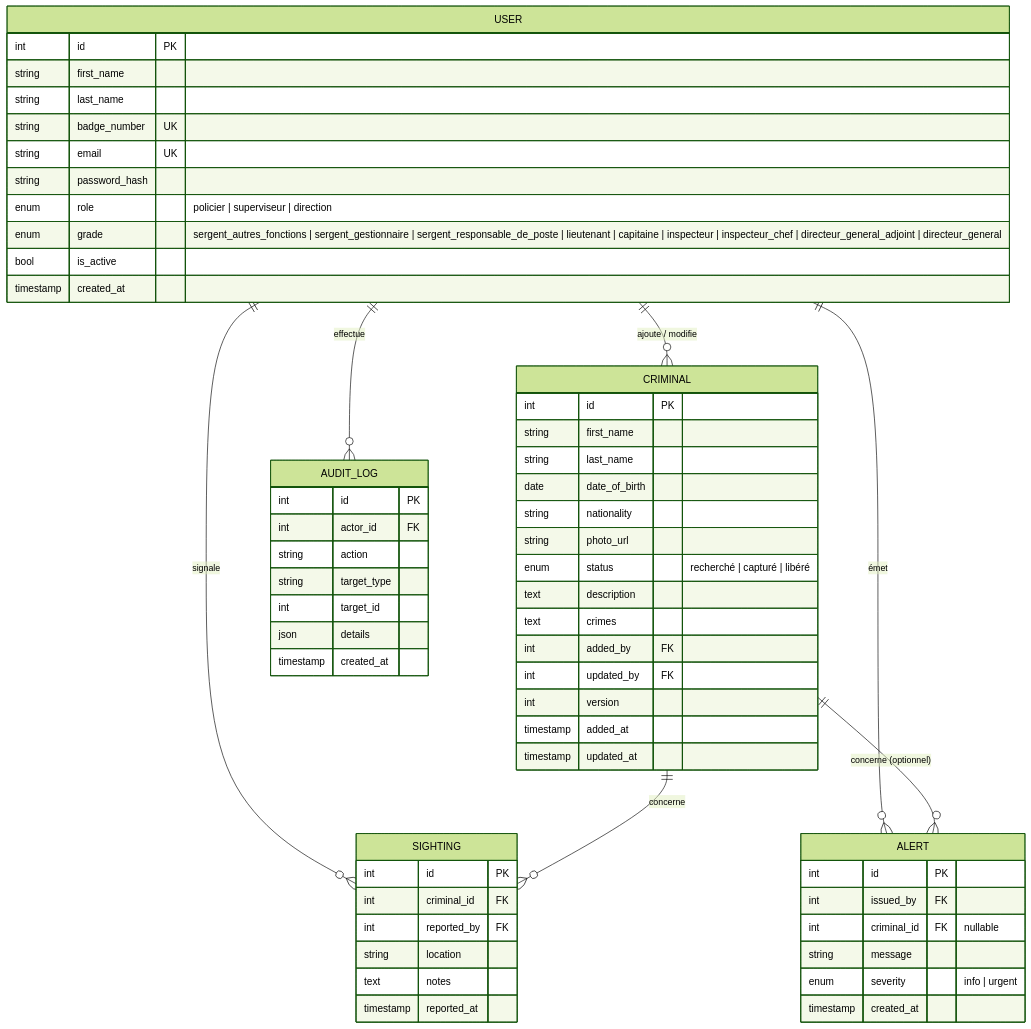
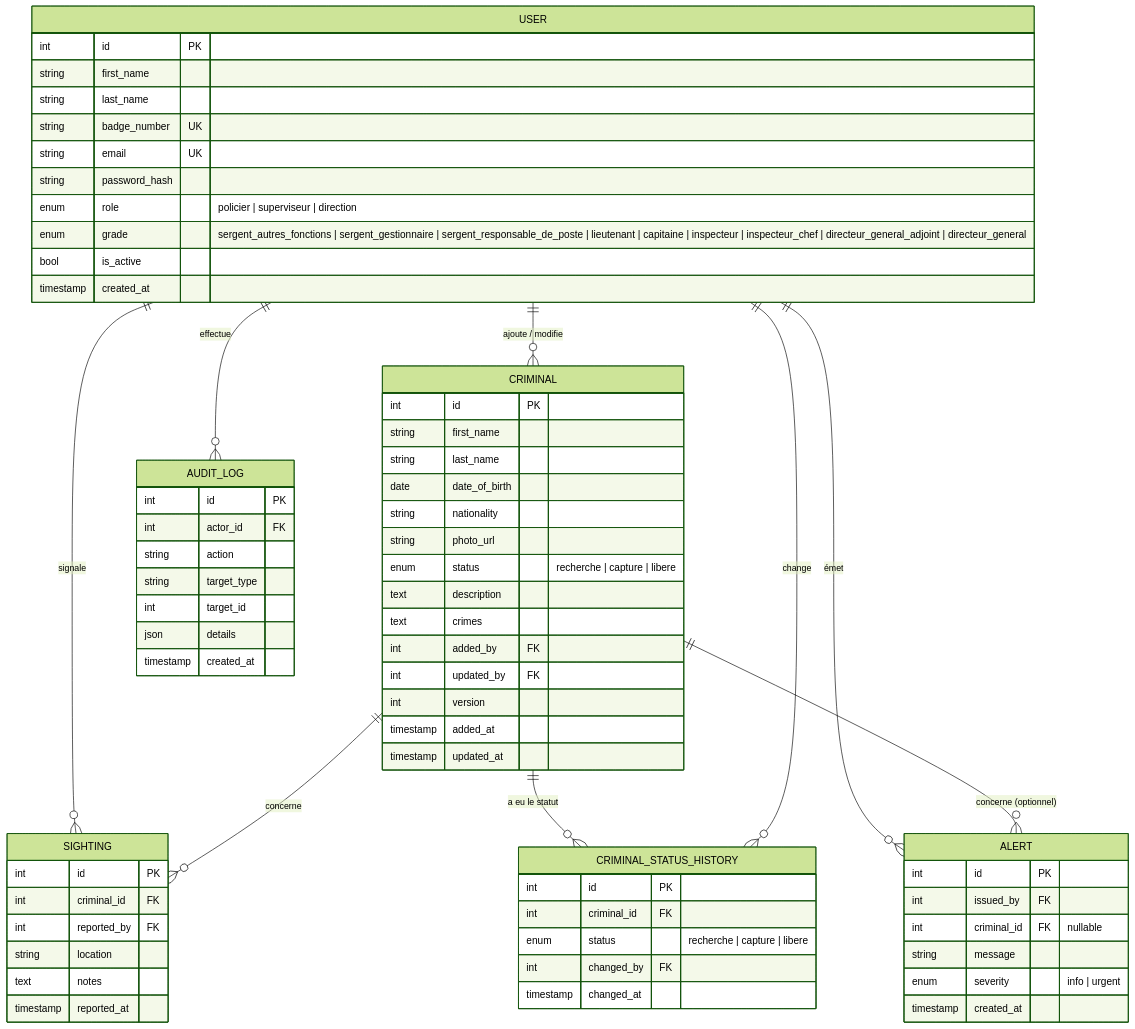
The diagram in docs/03-conception.md (dr-arobase/projet-DA_3), drawn with Mermaid (forest theme) before and after one commit. The commit also changed other lines of this file and 52 other files, not shown here.

````diff
--- a/docs/03-conception.md
+++ b/docs/03-conception.md
@@ -8,63 +8,72 @@
 ```mermaid
 erDiagram
     USER {
         int id PK
         string first_name
         string last_name
         string badge_number UK
         string email UK
         string password_hash
         enum role "policier | superviseur | direction"
         enum grade "sergent_autres_fonctions | sergent_gestionnaire | sergent_responsable_de_poste | lieutenant | capitaine | inspecteur | inspecteur_chef | directeur_general_adjoint | directeur_general"
         bool is_active
         timestamp created_at
     }
     CRIMINAL {
         int id PK
         string first_name
         string last_name
         date date_of_birth
         string nationality
         string photo_url
-        enum status "recherché | capturé | libéré"
+        enum status "recherche | capture | libere"
         text description
         text crimes
         int added_by FK
         int updated_by FK
         int version
         timestamp added_at
         timestamp updated_at
+    }
+    CRIMINAL_STATUS_HISTORY {
+        int id PK
+        int criminal_id FK
+        enum status "recherche | capture | libere"
+        int changed_by FK
+        timestamp changed_at
     }
     SIGHTING {
         int id PK
         int criminal_id FK
         int reported_by FK
         string location
         text notes
         timestamp reported_at
     }
     ALERT {
         int id PK
         int issued_by FK
         int criminal_id FK "nullable"
         string message
         enum severity "info | urgent"
         timestamp created_at
     }
     AUDIT_LOG {
         int id PK
         int actor_id FK
         string action
         string target_type
         int target_id
         json details
         timestamp created_at
     }
 
     USER ||--o{ CRIMINAL : "ajoute / modifie"
     USER ||--o{ SIGHTING : "signale"
     USER ||--o{ ALERT : "émet"
     USER ||--o{ AUDIT_LOG : "effectue"
     CRIMINAL ||--o{ SIGHTING : "concerne"
+    CRIMINAL ||--o{ CRIMINAL_STATUS_HISTORY : "a eu le statut"
+    USER ||--o{ CRIMINAL_STATUS_HISTORY : "change"
     CRIMINAL ||--o{ ALERT : "concerne (optionnel)"
 ```
````
